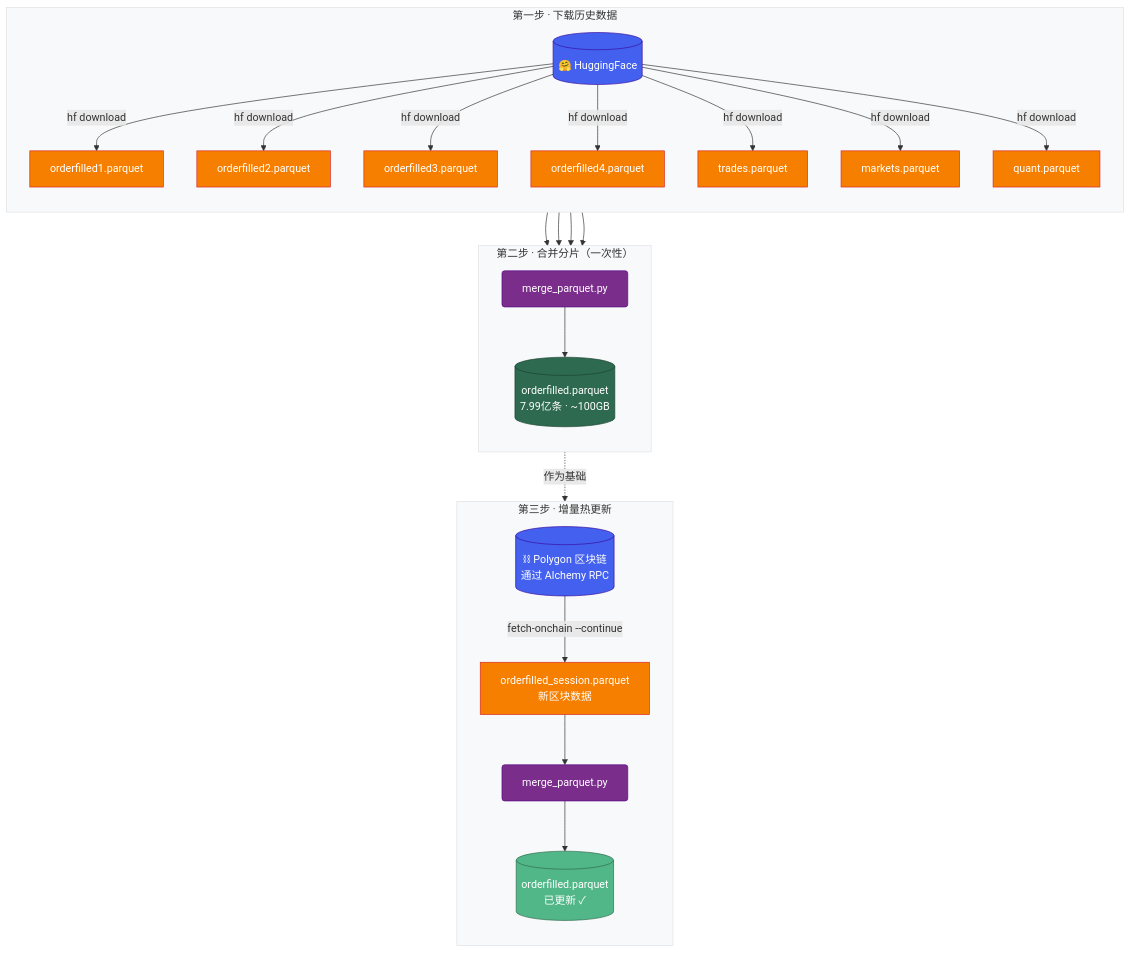
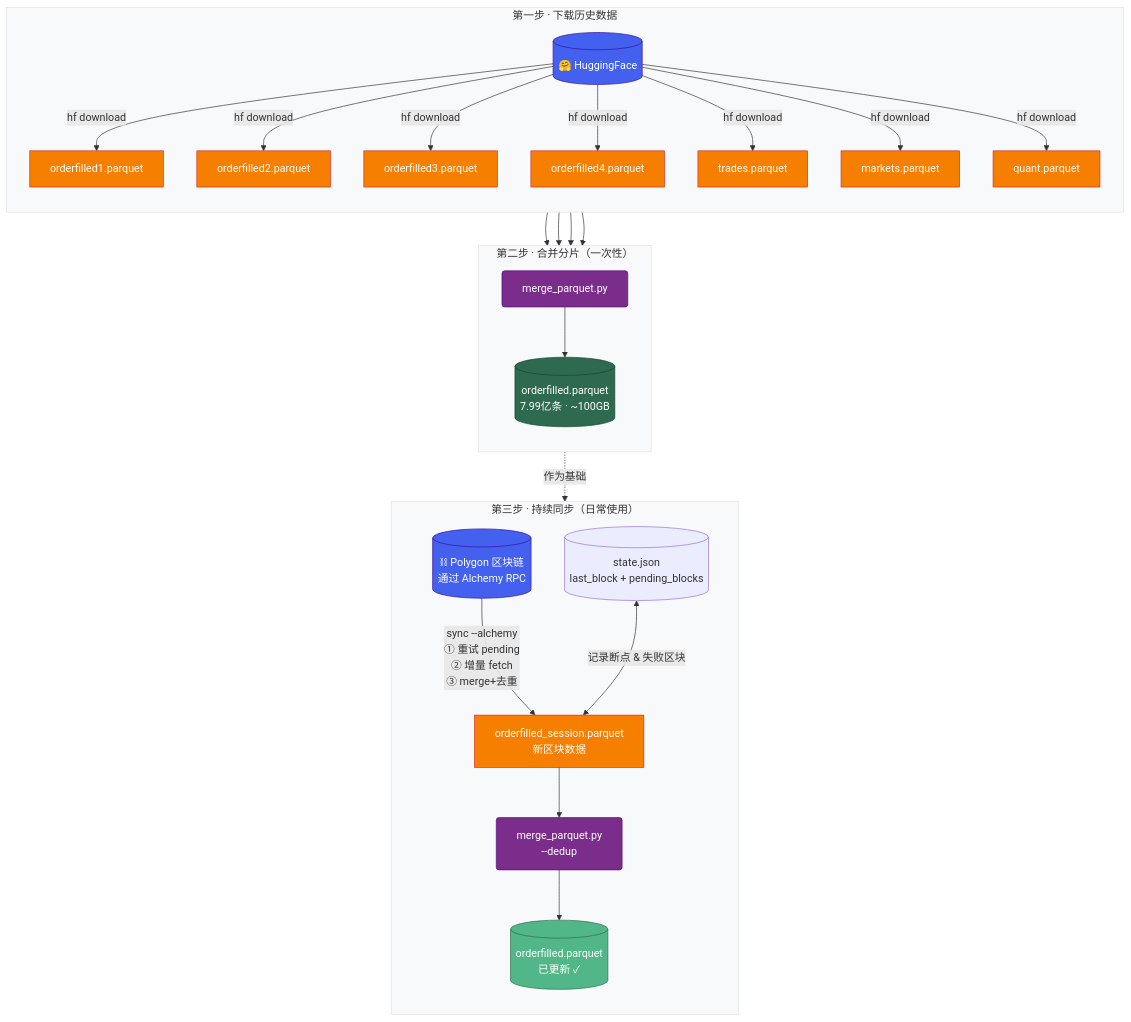
The diagram in README_zh.md (Tsaiyber/Polymarket_data), drawn with Mermaid before and after one commit. The commit also changed other lines of this file and 5 other files, not shown here.

First line of the commit message:
Add sync command with adaptive retry and persistent pending_blocks

````diff
--- a/README_zh.md
+++ b/README_zh.md
@@ -56,47 +56,49 @@
 ```mermaid
 flowchart TD
     subgraph S1["  第一步 · 下载历史数据  "]
         direction TB
         HF[("🤗 HuggingFace")]
         OF1["orderfilled1.parquet"]
         OF2["orderfilled2.parquet"]
         OF3["orderfilled3.parquet"]
         OF4["orderfilled4.parquet"]
         TR["trades.parquet"]
         MK["markets.parquet"]
         QT["quant.parquet"]
         HF -->|hf download| OF1 & OF2 & OF3 & OF4 & TR & MK & QT
     end
 
     subgraph S2["  第二步 · 合并分片（一次性）  "]
         direction TB
         MP1["merge_parquet.py"]
         OF[("orderfilled.parquet\n7.99亿条 · ~100GB")]
         OF1 & OF2 & OF3 & OF4 --> MP1 --> OF
     end
 
-    subgraph S3["  第三步 · 增量热更新  "]
+    subgraph S3["  第三步 · 持续同步（日常使用）  "]
         direction TB
         BC[("⛓ Polygon 区块链\n通过 Alchemy RPC")]
+        SJ[("state.json\nlast_block + pending_blocks")]
         SS["orderfilled_session.parquet\n新区块数据"]
-        MP2["merge_parquet.py"]
+        MP2["merge_parquet.py\n--dedup"]
         OFU[("orderfilled.parquet\n已更新 ✓")]
-        BC -->|"fetch-onchain --continue"| SS
+        BC -->|"sync --alchemy\n① 重试 pending\n② 增量 fetch\n③ merge+去重"| SS
+        SJ <-->|记录断点 & 失败区块| SS
         OF -.->|作为基础| MP2
         SS --> MP2 --> OFU
     end
 
     classDef source    fill:#4361EE,stroke:#3A0CA3,color:#fff,rx:8
     classDef raw       fill:#F77F00,stroke:#D62828,color:#fff
     classDef tool      fill:#7B2D8B,stroke:#560A86,color:#fff,rx:4
     classDef main      fill:#2D6A4F,stroke:#1B4332,color:#fff,rx:8
     classDef updated   fill:#52B788,stroke:#2D6A4F,color:#fff,rx:8
     classDef step      fill:#F8F9FA,stroke:#DEE2E6,color:#333
 
     class HF,BC source
     class OF1,OF2,OF3,OF4,TR,MK,QT,SS raw
     class MP1,MP2 tool
     class OF main
     class OFU updated
     class S1,S2,S3 step
 ```
````
